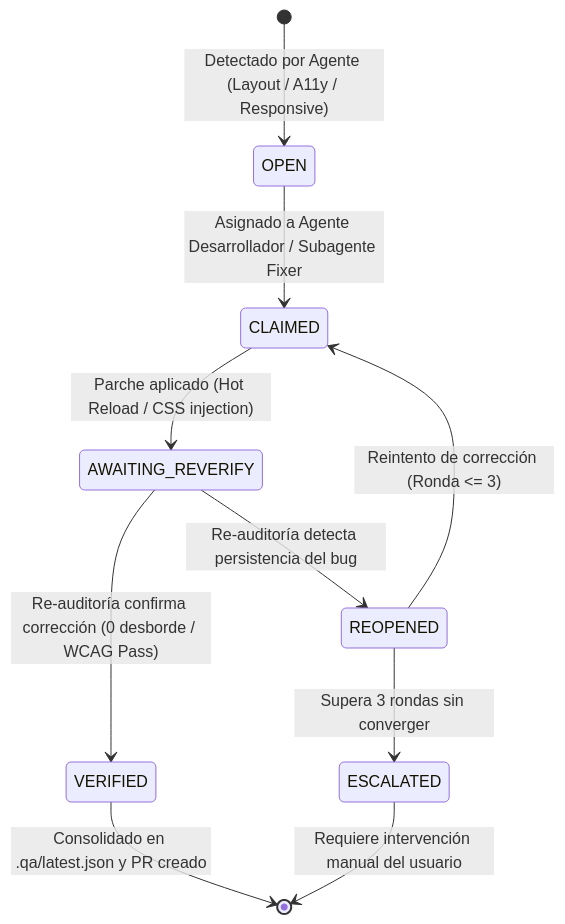
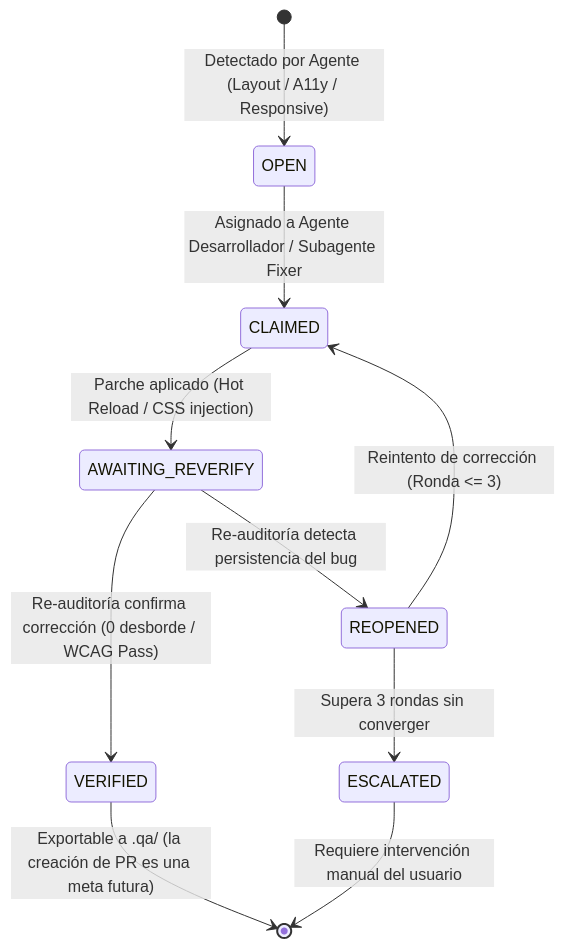
Before and after one commit to brayancortes22/swarm-qa-browser: the fifth of 7 diagrams in docs/SWARM_QA_PLATFORM_SPEC.md, drawn with Mermaid. The commit also changed other lines of this file and 13 other files, not shown here.

````diff
--- a/docs/SWARM_QA_PLATFORM_SPEC.md
+++ b/docs/SWARM_QA_PLATFORM_SPEC.md
@@ -174,12 +177,12 @@
 ```mermaid
 stateDiagram-v2
     [*] --> OPEN: Detectado por Agente (Layout / A11y / Responsive)
     OPEN --> CLAIMED: Asignado a Agente Desarrollador / Subagente Fixer
     CLAIMED --> AWAITING_REVERIFY: Parche aplicado (Hot Reload / CSS injection)
     AWAITING_REVERIFY --> VERIFIED: Re-auditoría confirma corrección (0 desborde / WCAG Pass)
     AWAITING_REVERIFY --> REOPENED: Re-auditoría detecta persistencia del bug
     REOPENED --> CLAIMED: Reintento de corrección (Ronda <= 3)
     REOPENED --> ESCALATED: Supera 3 rondas sin converger
-    VERIFIED --> [*]: Consolidado en .qa/latest.json y PR creado
+    VERIFIED --> [*]: Exportable a .qa/ (la creación de PR es una meta futura)
     ESCALATED --> [*]: Requiere intervención manual del usuario
 ```
````
